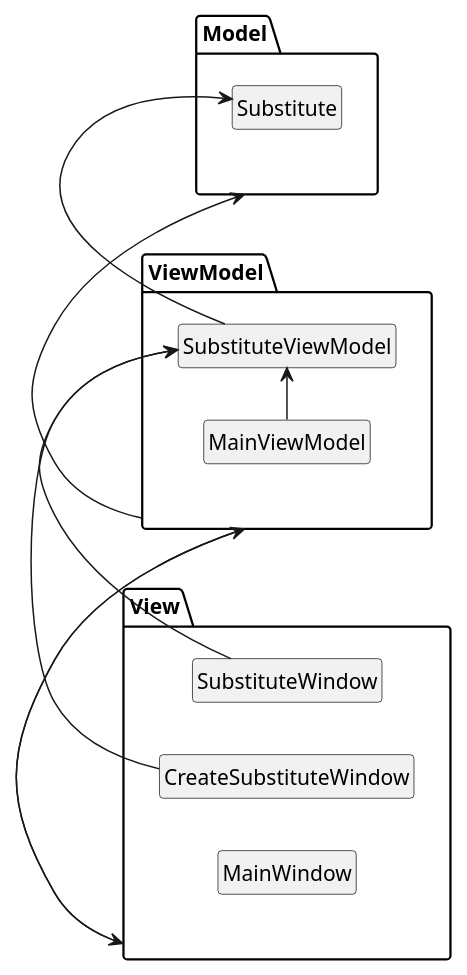
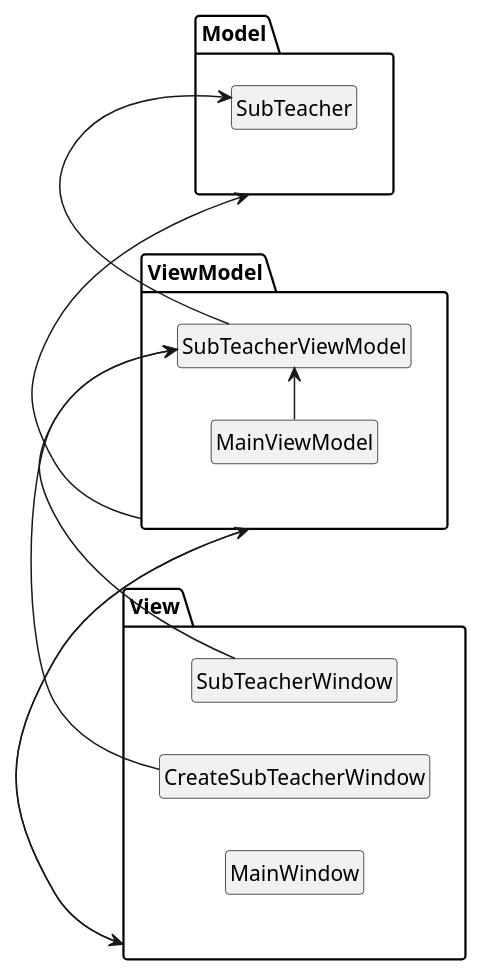
One commit to Alabaster550/A4vikar changed the diagram in Design/Pakkediagram.plantuml. Above: the diagram before and after it, drawn with PlantUML.

Commit message:
changed name of substitute class to subteacher

```diff
--- a/Design/Pakkediagram.plantuml
+++ b/Design/Pakkediagram.plantuml
@@ -1,35 +1,35 @@
 @startuml 
 
 hide circle
 hide method
 hide attribute
 left to right direction
 
 package View {
     class MainWindow
-    class SubstituteWindow
-    class CreateSubstituteWindow
+    class SubTeacherWindow
+    class CreateSubTeacherWindow
 }
 
 package ViewModel {
     class MainViewModel
-    class SubstituteViewModel
+    class SubTeacherViewModel
 
 }
 
 package Model {
-    class Substitute
+    class SubTeacher
 
 }
 
 
 View -> ViewModel
 ViewModel -> View
 ViewModel -> Model
- MainViewModel -> SubstituteViewModel
- SubstituteViewModel -> Substitute
- SubstituteWindow -> SubstituteViewModel
- CreateSubstituteWindow -> SubstituteViewModel
+ MainViewModel -> SubTeacherViewModel
+ SubTeacherViewModel -> SubTeacher
+ SubTeacherWindow -> SubTeacherViewModel
+ CreateSubTeacherWindow -> SubTeacherViewModel
 
 
 @enduml
```
